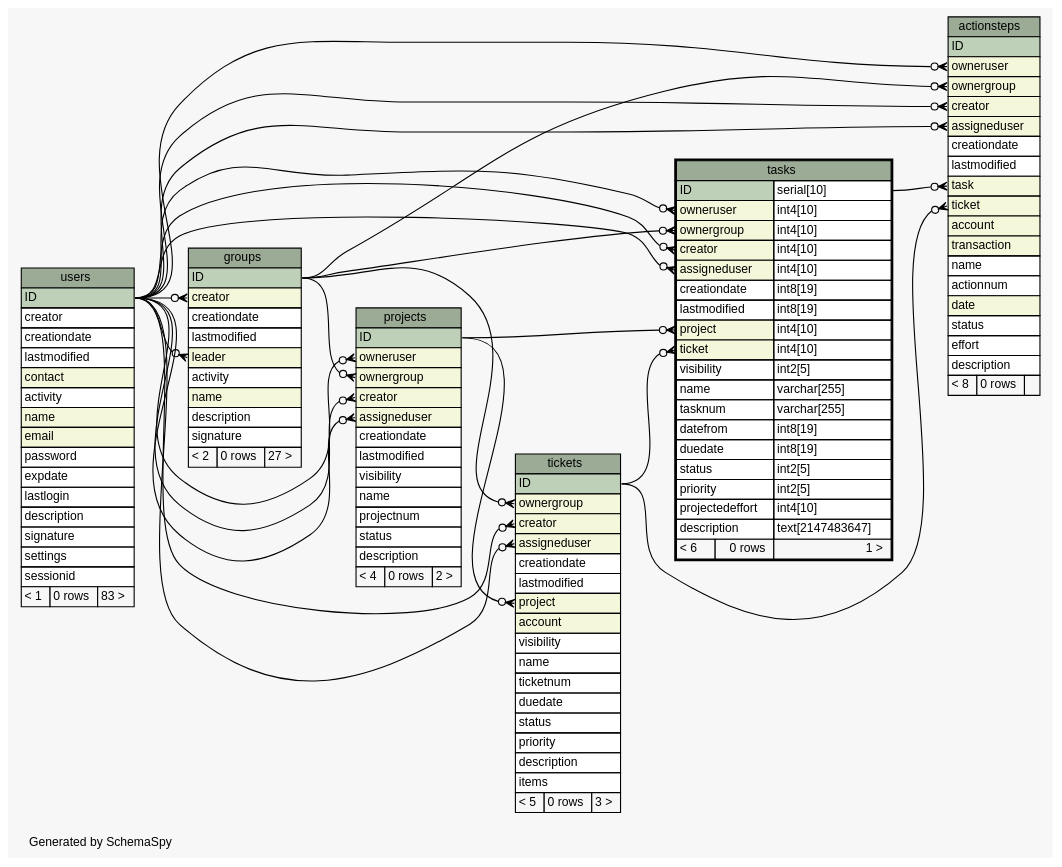
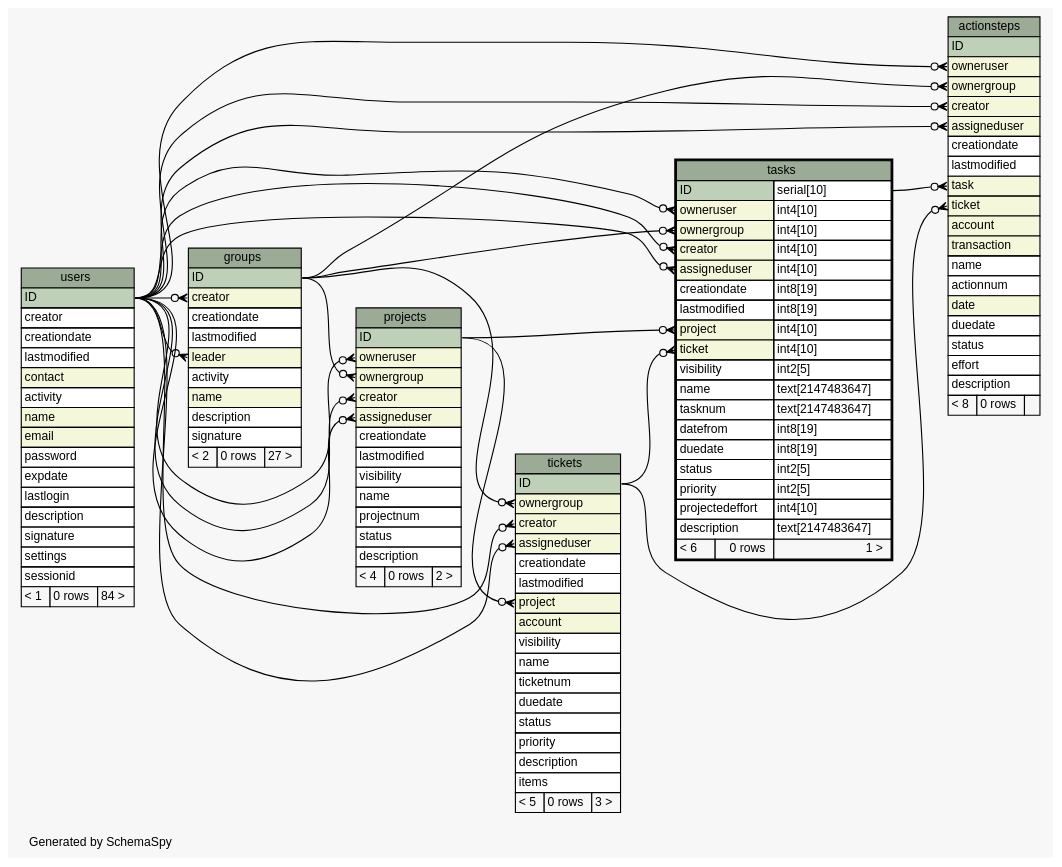
Before and after one commit to zeyosinc/zeyos-schema: the diagram in diagrams/tasks.1degree.dot, drawn with Graphviz. The commit also changed 291 other files, not shown here.

```diff
--- a/diagrams/tasks.1degree.dot
+++ b/diagrams/tasks.1degree.dot
@@ -1,185 +1,186 @@
 // dot 2.38.0 on Windows 8.1 6.3
 // SchemaSpy rev 590
 digraph "oneDegreeRelationshipsDiagram" {
   graph [
     rankdir="RL"
     bgcolor="#f7f7f7"
     label="\nGenerated by SchemaSpy"
     labeljust="l"
     nodesep="0.18"
     ranksep="0.46"
     fontname="Helvetica"
     fontsize="11"
   ];
   node [
     fontname="Helvetica"
     fontsize="11"
     shape="plaintext"
   ];
   edge [
     arrowsize="0.8"
   ];
   "actionsteps":"assigneduser":w -> "users":"ID":e [arrowhead=none dir=back arrowtail=crowodot];
   "actionsteps":"creator":w -> "users":"ID":e [arrowhead=none dir=back arrowtail=crowodot];
   "actionsteps":"ownergroup":w -> "groups":"ID":e [arrowhead=none dir=back arrowtail=crowodot];
   "actionsteps":"owneruser":w -> "users":"ID":e [arrowhead=none dir=back arrowtail=crowodot];
   "actionsteps":"task":w -> "tasks":"ID.type":e [arrowhead=none dir=back arrowtail=crowodot];
   "actionsteps":"ticket":w -> "tickets":"ID":e [arrowhead=none dir=back arrowtail=crowodot];
   "groups":"creator":w -> "users":"ID":e [arrowhead=none dir=back arrowtail=crowodot];
   "groups":"leader":w -> "users":"ID":e [arrowhead=none dir=back arrowtail=crowodot];
   "projects":"assigneduser":w -> "users":"ID":e [arrowhead=none dir=back arrowtail=crowodot];
   "projects":"creator":w -> "users":"ID":e [arrowhead=none dir=back arrowtail=crowodot];
   "projects":"ownergroup":w -> "groups":"ID":e [arrowhead=none dir=back arrowtail=crowodot];
   "projects":"owneruser":w -> "users":"ID":e [arrowhead=none dir=back arrowtail=crowodot];
   "tasks":"assigneduser":w -> "users":"ID":e [arrowhead=none dir=back arrowtail=crowodot];
   "tasks":"creator":w -> "users":"ID":e [arrowhead=none dir=back arrowtail=crowodot];
   "tasks":"ownergroup":w -> "groups":"ID":e [arrowhead=none dir=back arrowtail=crowodot];
   "tasks":"owneruser":w -> "users":"ID":e [arrowhead=none dir=back arrowtail=crowodot];
   "tasks":"project":w -> "projects":"ID":e [arrowhead=none dir=back arrowtail=crowodot];
   "tasks":"ticket":w -> "tickets":"ID":e [arrowhead=none dir=back arrowtail=crowodot];
   "tickets":"assigneduser":w -> "users":"ID":e [arrowhead=none dir=back arrowtail=crowodot];
   "tickets":"creator":w -> "users":"ID":e [arrowhead=none dir=back arrowtail=crowodot];
   "tickets":"ownergroup":w -> "groups":"ID":e [arrowhead=none dir=back arrowtail=crowodot];
   "tickets":"project":w -> "projects":"ID":e [arrowhead=none dir=back arrowtail=crowodot];
   "actionsteps" [
     label=<
     <TABLE BORDER="0" CELLBORDER="1" CELLSPACING="0" BGCOLOR="#ffffff">
       <TR><TD COLSPAN="3" BGCOLOR="#9bab96" ALIGN="CENTER">actionsteps</TD></TR>
       <TR><TD PORT="ID" COLSPAN="3" BGCOLOR="#bed1b8" ALIGN="LEFT">ID</TD></TR>
       <TR><TD PORT="owneruser" COLSPAN="3" BGCOLOR="#f4f7da" ALIGN="LEFT">owneruser</TD></TR>
       <TR><TD PORT="ownergroup" COLSPAN="3" BGCOLOR="#f4f7da" ALIGN="LEFT">ownergroup</TD></TR>
       <TR><TD PORT="creator" COLSPAN="3" BGCOLOR="#f4f7da" ALIGN="LEFT">creator</TD></TR>
       <TR><TD PORT="assigneduser" COLSPAN="3" BGCOLOR="#f4f7da" ALIGN="LEFT">assigneduser</TD></TR>
       <TR><TD PORT="creationdate" COLSPAN="3" ALIGN="LEFT">creationdate</TD></TR>
       <TR><TD PORT="lastmodified" COLSPAN="3" ALIGN="LEFT">lastmodified</TD></TR>
       <TR><TD PORT="task" COLSPAN="3" BGCOLOR="#f4f7da" ALIGN="LEFT">task</TD></TR>
       <TR><TD PORT="ticket" COLSPAN="3" BGCOLOR="#f4f7da" ALIGN="LEFT">ticket</TD></TR>
       <TR><TD PORT="account" COLSPAN="3" BGCOLOR="#f4f7da" ALIGN="LEFT">account</TD></TR>
       <TR><TD PORT="transaction" COLSPAN="3" BGCOLOR="#f4f7da" ALIGN="LEFT">transaction</TD></TR>
       <TR><TD PORT="name" COLSPAN="3" ALIGN="LEFT">name</TD></TR>
       <TR><TD PORT="actionnum" COLSPAN="3" ALIGN="LEFT">actionnum</TD></TR>
       <TR><TD PORT="date" COLSPAN="3" BGCOLOR="#f4f7da" ALIGN="LEFT">date</TD></TR>
+      <TR><TD PORT="duedate" COLSPAN="3" ALIGN="LEFT">duedate</TD></TR>
       <TR><TD PORT="status" COLSPAN="3" ALIGN="LEFT">status</TD></TR>
       <TR><TD PORT="effort" COLSPAN="3" ALIGN="LEFT">effort</TD></TR>
       <TR><TD PORT="description" COLSPAN="3" ALIGN="LEFT">description</TD></TR>
       <TR><TD ALIGN="LEFT" BGCOLOR="#f7f7f7">&lt; 8</TD><TD ALIGN="RIGHT" BGCOLOR="#f7f7f7">0 rows</TD><TD ALIGN="RIGHT" BGCOLOR="#f7f7f7">  </TD></TR>
     </TABLE>>
     URL="actionsteps.html"
     tooltip="actionsteps"
   ];
   "groups" [
     label=<
     <TABLE BORDER="0" CELLBORDER="1" CELLSPACING="0" BGCOLOR="#ffffff">
       <TR><TD COLSPAN="3" BGCOLOR="#9bab96" ALIGN="CENTER">groups</TD></TR>
       <TR><TD PORT="ID" COLSPAN="3" BGCOLOR="#bed1b8" ALIGN="LEFT">ID</TD></TR>
       <TR><TD PORT="creator" COLSPAN="3" BGCOLOR="#f4f7da" ALIGN="LEFT">creator</TD></TR>
       <TR><TD PORT="creationdate" COLSPAN="3" ALIGN="LEFT">creationdate</TD></TR>
       <TR><TD PORT="lastmodified" COLSPAN="3" ALIGN="LEFT">lastmodified</TD></TR>
       <TR><TD PORT="leader" COLSPAN="3" BGCOLOR="#f4f7da" ALIGN="LEFT">leader</TD></TR>
       <TR><TD PORT="activity" COLSPAN="3" ALIGN="LEFT">activity</TD></TR>
       <TR><TD PORT="name" COLSPAN="3" BGCOLOR="#f4f7da" ALIGN="LEFT">name</TD></TR>
       <TR><TD PORT="description" COLSPAN="3" ALIGN="LEFT">description</TD></TR>
       <TR><TD PORT="signature" COLSPAN="3" ALIGN="LEFT">signature</TD></TR>
       <TR><TD ALIGN="LEFT" BGCOLOR="#f7f7f7">&lt; 2</TD><TD ALIGN="RIGHT" BGCOLOR="#f7f7f7">0 rows</TD><TD ALIGN="RIGHT" BGCOLOR="#f7f7f7">27 &gt;</TD></TR>
     </TABLE>>
     URL="groups.html"
     tooltip="groups"
   ];
   "projects" [
     label=<
     <TABLE BORDER="0" CELLBORDER="1" CELLSPACING="0" BGCOLOR="#ffffff">
       <TR><TD COLSPAN="3" BGCOLOR="#9bab96" ALIGN="CENTER">projects</TD></TR>
       <TR><TD PORT="ID" COLSPAN="3" BGCOLOR="#bed1b8" ALIGN="LEFT">ID</TD></TR>
       <TR><TD PORT="owneruser" COLSPAN="3" BGCOLOR="#f4f7da" ALIGN="LEFT">owneruser</TD></TR>
       <TR><TD PORT="ownergroup" COLSPAN="3" BGCOLOR="#f4f7da" ALIGN="LEFT">ownergroup</TD></TR>
       <TR><TD PORT="creator" COLSPAN="3" BGCOLOR="#f4f7da" ALIGN="LEFT">creator</TD></TR>
       <TR><TD PORT="assigneduser" COLSPAN="3" BGCOLOR="#f4f7da" ALIGN="LEFT">assigneduser</TD></TR>
       <TR><TD PORT="creationdate" COLSPAN="3" ALIGN="LEFT">creationdate</TD></TR>
       <TR><TD PORT="lastmodified" COLSPAN="3" ALIGN="LEFT">lastmodified</TD></TR>
       <TR><TD PORT="visibility" COLSPAN="3" ALIGN="LEFT">visibility</TD></TR>
       <TR><TD PORT="name" COLSPAN="3" ALIGN="LEFT">name</TD></TR>
       <TR><TD PORT="projectnum" COLSPAN="3" ALIGN="LEFT">projectnum</TD></TR>
       <TR><TD PORT="status" COLSPAN="3" ALIGN="LEFT">status</TD></TR>
       <TR><TD PORT="description" COLSPAN="3" ALIGN="LEFT">description</TD></TR>
       <TR><TD ALIGN="LEFT" BGCOLOR="#f7f7f7">&lt; 4</TD><TD ALIGN="RIGHT" BGCOLOR="#f7f7f7">0 rows</TD><TD ALIGN="RIGHT" BGCOLOR="#f7f7f7">2 &gt;</TD></TR>
     </TABLE>>
     URL="projects.html"
     tooltip="projects"
   ];
   "tasks" [
     label=<
     <TABLE BORDER="2" CELLBORDER="1" CELLSPACING="0" BGCOLOR="#ffffff">
       <TR><TD COLSPAN="3" BGCOLOR="#9bab96" ALIGN="CENTER">tasks</TD></TR>
       <TR><TD PORT="ID" COLSPAN="2" BGCOLOR="#bed1b8" ALIGN="LEFT">ID</TD><TD PORT="ID.type" ALIGN="LEFT">serial[10]</TD></TR>
       <TR><TD PORT="owneruser" COLSPAN="2" BGCOLOR="#f4f7da" ALIGN="LEFT">owneruser</TD><TD PORT="owneruser.type" ALIGN="LEFT">int4[10]</TD></TR>
       <TR><TD PORT="ownergroup" COLSPAN="2" BGCOLOR="#f4f7da" ALIGN="LEFT">ownergroup</TD><TD PORT="ownergroup.type" ALIGN="LEFT">int4[10]</TD></TR>
       <TR><TD PORT="creator" COLSPAN="2" BGCOLOR="#f4f7da" ALIGN="LEFT">creator</TD><TD PORT="creator.type" ALIGN="LEFT">int4[10]</TD></TR>
       <TR><TD PORT="assigneduser" COLSPAN="2" BGCOLOR="#f4f7da" ALIGN="LEFT">assigneduser</TD><TD PORT="assigneduser.type" ALIGN="LEFT">int4[10]</TD></TR>
       <TR><TD PORT="creationdate" COLSPAN="2" ALIGN="LEFT">creationdate</TD><TD PORT="creationdate.type" ALIGN="LEFT">int8[19]</TD></TR>
       <TR><TD PORT="lastmodified" COLSPAN="2" ALIGN="LEFT">lastmodified</TD><TD PORT="lastmodified.type" ALIGN="LEFT">int8[19]</TD></TR>
       <TR><TD PORT="project" COLSPAN="2" BGCOLOR="#f4f7da" ALIGN="LEFT">project</TD><TD PORT="project.type" ALIGN="LEFT">int4[10]</TD></TR>
       <TR><TD PORT="ticket" COLSPAN="2" BGCOLOR="#f4f7da" ALIGN="LEFT">ticket</TD><TD PORT="ticket.type" ALIGN="LEFT">int4[10]</TD></TR>
       <TR><TD PORT="visibility" COLSPAN="2" ALIGN="LEFT">visibility</TD><TD PORT="visibility.type" ALIGN="LEFT">int2[5]</TD></TR>
-      <TR><TD PORT="name" COLSPAN="2" ALIGN="LEFT">name</TD><TD PORT="name.type" ALIGN="LEFT">varchar[255]</TD></TR>
-      <TR><TD PORT="tasknum" COLSPAN="2" ALIGN="LEFT">tasknum</TD><TD PORT="tasknum.type" ALIGN="LEFT">varchar[255]</TD></TR>
+      <TR><TD PORT="name" COLSPAN="2" ALIGN="LEFT">name</TD><TD PORT="name.type" ALIGN="LEFT">text[2147483647]</TD></TR>
+      <TR><TD PORT="tasknum" COLSPAN="2" ALIGN="LEFT">tasknum</TD><TD PORT="tasknum.type" ALIGN="LEFT">text[2147483647]</TD></TR>
       <TR><TD PORT="datefrom" COLSPAN="2" ALIGN="LEFT">datefrom</TD><TD PORT="datefrom.type" ALIGN="LEFT">int8[19]</TD></TR>
       <TR><TD PORT="duedate" COLSPAN="2" ALIGN="LEFT">duedate</TD><TD PORT="duedate.type" ALIGN="LEFT">int8[19]</TD></TR>
       <TR><TD PORT="status" COLSPAN="2" ALIGN="LEFT">status</TD><TD PORT="status.type" ALIGN="LEFT">int2[5]</TD></TR>
       <TR><TD PORT="priority" COLSPAN="2" ALIGN="LEFT">priority</TD><TD PORT="priority.type" ALIGN="LEFT">int2[5]</TD></TR>
       <TR><TD PORT="projectedeffort" COLSPAN="2" ALIGN="LEFT">projectedeffort</TD><TD PORT="projectedeffort.type" ALIGN="LEFT">int4[10]</TD></TR>
       <TR><TD PORT="description" COLSPAN="2" ALIGN="LEFT">description</TD><TD PORT="description.type" ALIGN="LEFT">text[2147483647]</TD></TR>
       <TR><TD ALIGN="LEFT" BGCOLOR="#f7f7f7">&lt; 6</TD><TD ALIGN="RIGHT" BGCOLOR="#f7f7f7">0 rows</TD><TD ALIGN="RIGHT" BGCOLOR="#f7f7f7">1 &gt;</TD></TR>
     </TABLE>>
     URL="tasks.html"
     tooltip="tasks"
   ];
   "tickets" [
     label=<
     <TABLE BORDER="0" CELLBORDER="1" CELLSPACING="0" BGCOLOR="#ffffff">
       <TR><TD COLSPAN="3" BGCOLOR="#9bab96" ALIGN="CENTER">tickets</TD></TR>
       <TR><TD PORT="ID" COLSPAN="3" BGCOLOR="#bed1b8" ALIGN="LEFT">ID</TD></TR>
       <TR><TD PORT="ownergroup" COLSPAN="3" BGCOLOR="#f4f7da" ALIGN="LEFT">ownergroup</TD></TR>
       <TR><TD PORT="creator" COLSPAN="3" BGCOLOR="#f4f7da" ALIGN="LEFT">creator</TD></TR>
       <TR><TD PORT="assigneduser" COLSPAN="3" BGCOLOR="#f4f7da" ALIGN="LEFT">assigneduser</TD></TR>
       <TR><TD PORT="creationdate" COLSPAN="3" ALIGN="LEFT">creationdate</TD></TR>
       <TR><TD PORT="lastmodified" COLSPAN="3" ALIGN="LEFT">lastmodified</TD></TR>
       <TR><TD PORT="project" COLSPAN="3" BGCOLOR="#f4f7da" ALIGN="LEFT">project</TD></TR>
       <TR><TD PORT="account" COLSPAN="3" BGCOLOR="#f4f7da" ALIGN="LEFT">account</TD></TR>
       <TR><TD PORT="visibility" COLSPAN="3" ALIGN="LEFT">visibility</TD></TR>
       <TR><TD PORT="name" COLSPAN="3" ALIGN="LEFT">name</TD></TR>
       <TR><TD PORT="ticketnum" COLSPAN="3" ALIGN="LEFT">ticketnum</TD></TR>
       <TR><TD PORT="duedate" COLSPAN="3" ALIGN="LEFT">duedate</TD></TR>
       <TR><TD PORT="status" COLSPAN="3" ALIGN="LEFT">status</TD></TR>
       <TR><TD PORT="priority" COLSPAN="3" ALIGN="LEFT">priority</TD></TR>
       <TR><TD PORT="description" COLSPAN="3" ALIGN="LEFT">description</TD></TR>
       <TR><TD PORT="items" COLSPAN="3" ALIGN="LEFT">items</TD></TR>
       <TR><TD ALIGN="LEFT" BGCOLOR="#f7f7f7">&lt; 5</TD><TD ALIGN="RIGHT" BGCOLOR="#f7f7f7">0 rows</TD><TD ALIGN="RIGHT" BGCOLOR="#f7f7f7">3 &gt;</TD></TR>
     </TABLE>>
     URL="tickets.html"
     tooltip="tickets"
   ];
   "users" [
     label=<
     <TABLE BORDER="0" CELLBORDER="1" CELLSPACING="0" BGCOLOR="#ffffff">
       <TR><TD COLSPAN="3" BGCOLOR="#9bab96" ALIGN="CENTER">users</TD></TR>
       <TR><TD PORT="ID" COLSPAN="3" BGCOLOR="#bed1b8" ALIGN="LEFT">ID</TD></TR>
       <TR><TD PORT="creator" COLSPAN="3" ALIGN="LEFT">creator</TD></TR>
       <TR><TD PORT="creationdate" COLSPAN="3" ALIGN="LEFT">creationdate</TD></TR>
       <TR><TD PORT="lastmodified" COLSPAN="3" ALIGN="LEFT">lastmodified</TD></TR>
       <TR><TD PORT="contact" COLSPAN="3" BGCOLOR="#f4f7da" ALIGN="LEFT">contact</TD></TR>
       <TR><TD PORT="activity" COLSPAN="3" ALIGN="LEFT">activity</TD></TR>
       <TR><TD PORT="name" COLSPAN="3" BGCOLOR="#f4f7da" ALIGN="LEFT">name</TD></TR>
       <TR><TD PORT="email" COLSPAN="3" BGCOLOR="#f4f7da" ALIGN="LEFT">email</TD></TR>
       <TR><TD PORT="password" COLSPAN="3" ALIGN="LEFT">password</TD></TR>
       <TR><TD PORT="expdate" COLSPAN="3" ALIGN="LEFT">expdate</TD></TR>
       <TR><TD PORT="lastlogin" COLSPAN="3" ALIGN="LEFT">lastlogin</TD></TR>
       <TR><TD PORT="description" COLSPAN="3" ALIGN="LEFT">description</TD></TR>
       <TR><TD PORT="signature" COLSPAN="3" ALIGN="LEFT">signature</TD></TR>
       <TR><TD PORT="settings" COLSPAN="3" ALIGN="LEFT">settings</TD></TR>
       <TR><TD PORT="sessionid" COLSPAN="3" ALIGN="LEFT">sessionid</TD></TR>
-      <TR><TD ALIGN="LEFT" BGCOLOR="#f7f7f7">&lt; 1</TD><TD ALIGN="RIGHT" BGCOLOR="#f7f7f7">0 rows</TD><TD ALIGN="RIGHT" BGCOLOR="#f7f7f7">83 &gt;</TD></TR>
+      <TR><TD ALIGN="LEFT" BGCOLOR="#f7f7f7">&lt; 1</TD><TD ALIGN="RIGHT" BGCOLOR="#f7f7f7">0 rows</TD><TD ALIGN="RIGHT" BGCOLOR="#f7f7f7">84 &gt;</TD></TR>
     </TABLE>>
     URL="users.html"
     tooltip="users"
   ];
 }
```
